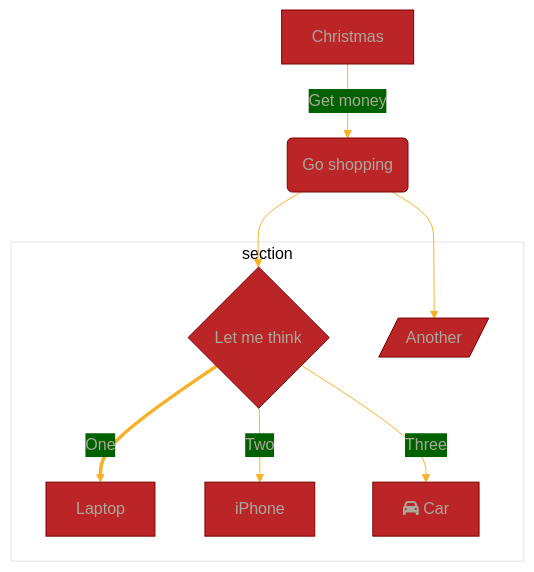
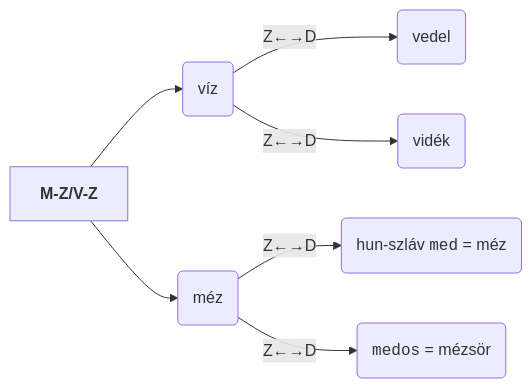
The second of 12 diagrams in src/site/notes/B/Balk.md (zanodor/TUDDASSTTARR), drawn with Mermaid before and after one commit. The commit also changed other lines of this file, not shown here.

````diff
--- a/src/site/notes/B/Balk.md
+++ b/src/site/notes/B/Balk.md
@@ -32,29 +65,32 @@
 ```mermaid
 %%{
   init: {
     'theme': 'base',
     'themeVariables': {
-      'primaryColor': '#BB2528',
-      'primaryTextColor': '#aba89a',
-      'primaryBorderColor': '#7C0000',
+      'primaryColor': '#403c34',
+      'primaryTextColor': '#ABA89A',
+      'primaryBorderColor': '#000000',
       'lineColor': '#F8B229',
       'secondaryColor': '#006100',
       'tertiaryColor': '#fff'
+	  'stroke': '#000000',
+	  'stroke-width': '1px',
+	  'stroke-dasharray': '0'
     }
   }
 }%%
-        graph TD
-          A[Christmas] -->|Get money| B(Go shopping)
-          B --> C{Let me think}
-          B --> G[/Another/]
-          C ==>|One| D[Laptop]
-          C -->|Two| E[iPhone]
-          C -->|Three| F[fa:fa-car Car]
-          subgraph section
-            C
-            D
-            E
-            F
-            G
-          end
+
+flowchart LR
+
+	head[<b>M-Z/V-Z</b>]
+	lvl2_a("víz")
+	lvl2_b("méz")
+	lvl3_a("vedel")
+	lvl3_b("vidék")
+	lvl3_c("hun-szláv <code>med</code> = méz")
+	lvl3_d("<code>medos</code> = mézsör")
+
+	head --> lvl2_a & lvl2_b
+	lvl2_a -- "Z←→D" -->  lvl3_a & lvl3_b
+	lvl2_b -- "Z←→D" -->  lvl3_c & lvl3_d
 ```
````
